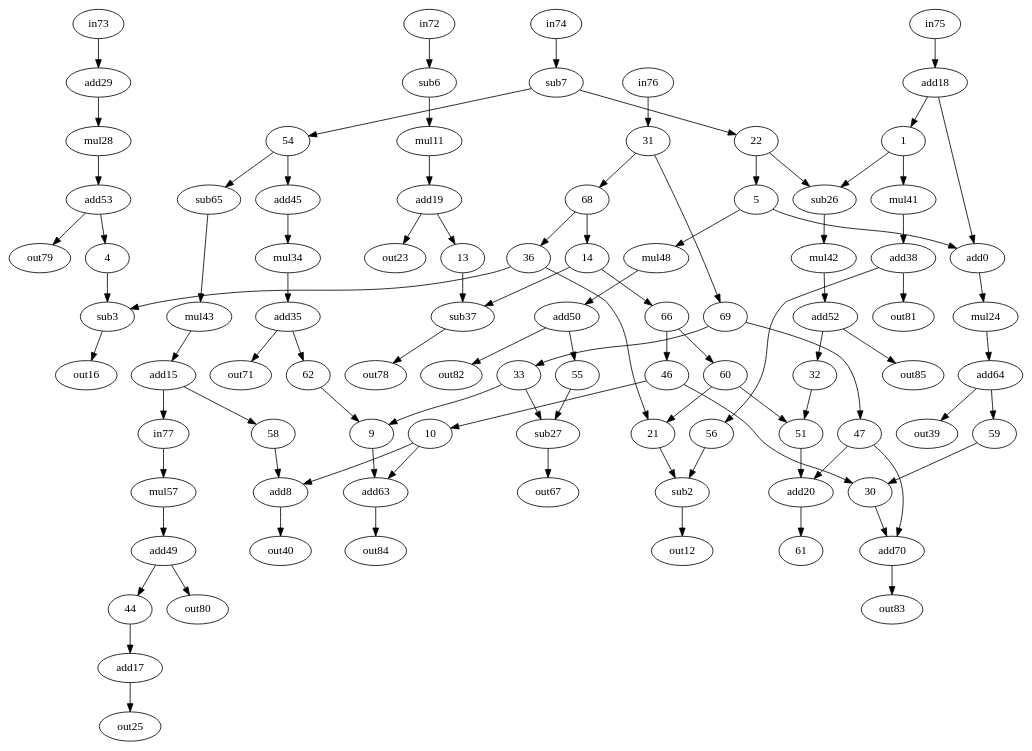
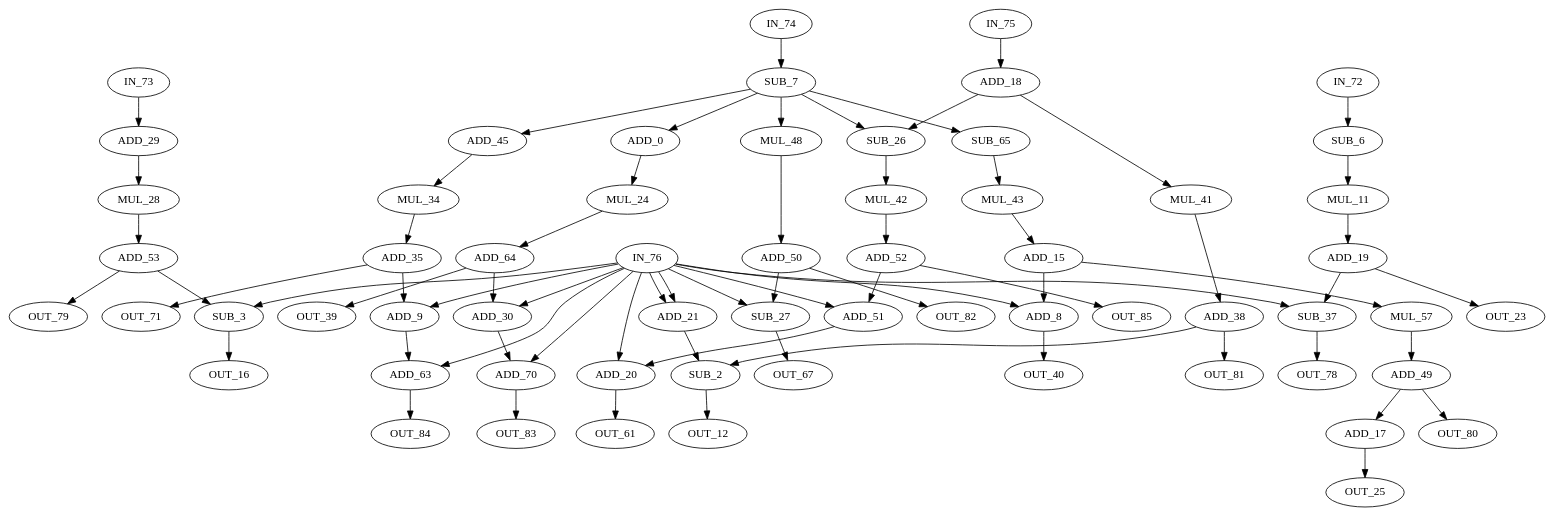
One commit to jeronimopenha/traversal_project changed the diagram in bench/test_bench/assincrono/collapse_pyr.dot. Above: the diagram before and after it, drawn with Graphviz. The commit also changed 5 other files, not shown here.

```diff
--- a/bench/test_bench/assincrono/collapse_pyr.dot
+++ b/bench/test_bench/assincrono/collapse_pyr.dot
@@ -1,154 +1,133 @@
-digraph "collapse_pyr" {
-0 [label=add0, op=add];
-2 [label=sub2, op=sub];
-3 [label=sub3, op=sub];
-6 [label=sub6, op=subi, value=2];
-7 [label=sub7, op=subi, value=2];
-8 [label=add8, op=add];
-11 [label=mul11, op=muli, value=2];
-12 [label=out12, op=out];
-15 [label=add15, op=addi, value=2];
-16 [label=out16, op=out];
-17 [label=add17, op=addi, value=2];
-18 [label=add18, op=addi, value=2];
-19 [label=add19, op=addi, value=2];
-20 [label=add20, op=add];
-23 [label=out23, op=out];
-24 [label=mul24, op=muli, value=2];
-25 [label=out25, op=out];
-26 [label=sub26, op=sub];
-27 [label=sub27, op=sub];
-28 [label=mul28, op=muli, value=2];
-29 [label=add29, op=addi, value=2];
-34 [label=mul34, op=muli, value=2];
-35 [label=add35, op=addi, value=2];
-37 [label=sub37, op=sub];
-38 [label=add38, op=addi, value=2];
-39 [label=out39, op=out];
-40 [label=out40, op=out];
-41 [label=mul41, op=muli, value=2];
-42 [label=mul42, op=muli, value=2];
-43 [label=mul43, op=muli, value=2];
-45 [label=add45, op=addi, value=2];
-48 [label=mul48, op=muli, value=2];
-49 [label=add49, op=addi, value=2];
-50 [label=add50, op=addi, value=2];
-52 [label=add52, op=addi, value=2];
-53 [label=add53, op=addi, value=2];
-57 [label=mul57, op=muli, value=2];
-63 [label=add63, op=add];
-64 [label=add64, op=addi, value=2];
-65 [label=sub65, op=subi, value=2];
-67 [label=out67, op=out];
-70 [label=add70, op=add];
-71 [label=out71, op=out];
-72 [label=in72, op=in];
-73 [label=in73, op=in];
-74 [label=in74, op=in];
-75 [label=in75, op=in];
-76 [label=in76, op=in];
-77 [label=in77, op=in];
-78 [label=out78, op=out];
-79 [label=out79, op=out];
-80 [label=out80, op=out];
-81 [label=out81, op=out];
-82 [label=out82, op=out];
-83 [label=out83, op=out];
-84 [label=out84, op=out];
-85 [label=out85, op=out];
-0 -> 24  [port=0, w=0];
-1 -> 26  [port=0, w=0];
-1 -> 41  [port=0, w=0];
-2 -> 12  [port=0, w=0];
-3 -> 16  [port=0, w=0];
-4 -> 3  [port=0, w=0];
-5 -> 0  [port=0, w=0];
-5 -> 48  [port=0, w=0];
-6 -> 11  [port=0, w=0];
-7 -> 22  [port=0, w=0];
-7 -> 54  [port=0, w=0];
-8 -> 40  [port=0, w=0];
-9 -> 63  [port=0, w=0];
-10 -> 8  [port=0, w=0];
-10 -> 63  [port=1, w=0];
-11 -> 19  [port=0, w=0];
-13 -> 37  [port=0, w=0];
-14 -> 37  [port=1, w=0];
-14 -> 66  [port=0, w=0];
-15 -> 77  [port=0, w=0];
-15 -> 58  [port=0, w=0];
-17 -> 25  [port=0, w=0];
-18 -> 0  [port=1, w=0];
-18 -> 1  [port=0, w=0];
-19 -> 13  [port=0, w=0];
-19 -> 23  [port=0, w=0];
-20 -> 61  [port=0, w=0];
-21 -> 2  [port=0, w=0];
-22 -> 5  [port=0, w=0];
-22 -> 26  [port=1, w=0];
-24 -> 64  [port=0, w=0];
-26 -> 42  [port=0, w=0];
-27 -> 67  [port=0, w=0];
-28 -> 53  [port=0, w=0];
-29 -> 28  [port=0, w=0];
-30 -> 70  [port=0, w=0];
-31 -> 68  [port=0, w=0];
-31 -> 69  [port=0, w=0];
-32 -> 51  [port=0, w=0];
-33 -> 9  [port=0, w=0];
-33 -> 27  [port=0, w=0];
-34 -> 35  [port=0, w=0];
-35 -> 62  [port=0, w=0];
-35 -> 71  [port=0, w=0];
-36 -> 3  [port=1, w=0];
-36 -> 21  [port=0, w=0];
-37 -> 78  [port=0, w=0];
-38 -> 81  [port=0, w=0];
-38 -> 56  [port=0, w=0];
-41 -> 38  [port=0, w=0];
-42 -> 52  [port=0, w=0];
-43 -> 15  [port=0, w=0];
-44 -> 17  [port=0, w=0];
-45 -> 34  [port=0, w=0];
-46 -> 10  [port=0, w=0];
-46 -> 30  [port=0, w=0];
-47 -> 20  [port=0, w=0];
-47 -> 70  [port=1, w=0];
-48 -> 50  [port=0, w=0];
-49 -> 80  [port=0, w=0];
-49 -> 44  [port=0, w=0];
-50 -> 55  [port=0, w=0];
-50 -> 82  [port=0, w=0];
-51 -> 20  [port=1, w=0];
-52 -> 32  [port=0, w=0];
-52 -> 85  [port=0, w=0];
-53 -> 4  [port=0, w=0];
-53 -> 79  [port=0, w=0];
-54 -> 45  [port=0, w=0];
-54 -> 65  [port=0, w=0];
-55 -> 27  [port=1, w=0];
-56 -> 2  [port=1, w=0];
-57 -> 49  [port=0, w=0];
-58 -> 8  [port=1, w=0];
-59 -> 30  [port=1, w=0];
-60 -> 21  [port=1, w=0];
-60 -> 51  [port=1, w=0];
-62 -> 9  [port=1, w=0];
-63 -> 84  [port=0, w=0];
-64 -> 39  [port=0, w=0];
-64 -> 59  [port=0, w=0];
-65 -> 43  [port=0, w=0];
-66 -> 46  [port=0, w=0];
-66 -> 60  [port=0, w=0];
-68 -> 14  [port=0, w=0];
-68 -> 36  [port=0, w=0];
-69 -> 33  [port=0, w=0];
-69 -> 47  [port=0, w=0];
-70 -> 83  [port=0, w=0];
-72 -> 6  [port=0, w=0];
-73 -> 29  [port=0, w=0];
-74 -> 7  [port=0, w=0];
-75 -> 18  [port=0, w=0];
-76 -> 31  [port=0, w=0];
-77 -> 57  [port=0, w=0];
+digraph collapse_pyr {
+    0 [label = ADD_0 op = add ] ;
+    2 [label = SUB_2 op = sub ] ;
+    3 [label = SUB_3 op = sub ] ;
+    6 [label = SUB_6 op = subi value = 2 ] ;
+    7 [label = SUB_7 op = subi value = 2 ] ;
+    8 [label = ADD_8 op = add ] ;
+    9 [label = ADD_9 op = add ] ;
+    11 [label = MUL_11 op = muli value = 2 ] ;
+    12 [label = OUT_12 op = out ] ;
+    15 [label = ADD_15 op = addi value = 2 ] ;
+    16 [label = OUT_16 op = out ] ;
+    17 [label = ADD_17 op = addi value = 2 ] ;
+    18 [label = ADD_18 op = addi value = 2 ] ;
+    19 [label = ADD_19 op = addi value = 2 ] ;
+    20 [label = ADD_20 op = add ] ;
+    21 [label = ADD_21 op = add ] ;
+    23 [label = OUT_23 op = OUT ] ;
+    24 [label = MUL_24 op = muli value = 2 ] ;
+    25 [label = OUT_25 op = OUT ] ;
+    26 [label = SUB_26 op = sub ] ;
+    27 [label = SUB_27 op = sub ] ;
+    28 [label = MUL_28 op = muli value = 2 ] ;
+    29 [label = ADD_29 op = addi value = 2 ] ;
+    30 [label = ADD_30 op = add ] ;
+    34 [label = MUL_34 op = muli value = 2 ] ;
+    35 [label = ADD_35 op = addi value = 2 ] ;
+    37 [label = SUB_37 op = sub ] ;
+    38 [label = ADD_38 op = addi value = 2 ] ;
+    39 [label = OUT_39 op = out ] ;
+    40 [label = OUT_40 op = out ] ;
+    41 [label = MUL_41 op = muli value = 2 ] ;
+    42 [label = MUL_42 op = muli value = 2 ] ;
+    43 [label = MUL_43 op = muli value = 2 ] ;
+    45 [label = ADD_45 op = addi value = 2 ] ;
+    48 [label = MUL_48 op = muli value = 2 ] ;
+    49 [label = ADD_49 op = addi value = 2 ] ;
+    50 [label = ADD_50 op = addi value = 2 ] ;
+    51 [label = ADD_51 op = add ] ;
+    52 [label = ADD_52 op = addi value = 2 ] ;
+    53 [label = ADD_53 op = addi value = 2 ] ;
+    57 [label = MUL_57 op = muli value = 2 ] ;
+    61 [label = OUT_61 op = out ] ;
+    63 [label = ADD_63 op = add ] ;
+    64 [label = ADD_64 op = addi value = 2 ] ;
+    65 [label = SUB_65 op = subi value = 2 ] ;
+    67 [label = OUT_67 op = out ] ;
+    70 [label = ADD_70 op = add ] ;
+    71 [label = OUT_71 op = out ] ;
+    72 [label = IN_72 op = in ] ;
+    73 [label = IN_73 op = in ] ;
+    74 [label = IN_74 op = in ] ;
+    75 [label = IN_75 op = in ] ;
+    76 [label = IN_76 op = in ] ;
+    78 [label = OUT_78 op = out ] ;
+    79 [label = OUT_79 op = out ] ;
+    80 [label = OUT_80 op = out ] ;
+    81 [label = OUT_81 op = out ] ;
+    82 [label = OUT_82 op = out ] ;
+    83 [label = OUT_83 op = out ] ;
+    84 [label = OUT_84 op = out ] ;
+    85 [label = OUT_85 op = out ] ;
+
+    7 -> 0 [port = 0  w = 0 ] ;
+    18 -> 26 [port = 0  w = 0 ] ;
+    18 -> 41 [port = 0  w = 0 ] ;
+    21 -> 2 [port = 0  w = 0 ] ;
+    38 -> 2 [port = 1  w = 0 ] ;
+    53 -> 3 [port = 0  w = 0 ] ;
+    76 -> 3 [port = 1  w = 0 ] ;
+    72 -> 6 [port = 0  w = 0 ] ;
+    74 -> 7 [port = 0  w = 0 ] ;
+    76 -> 8 [port = 0  w = 0 ] ;
+    15 -> 8 [port = 1  w = 0 ] ;
+    76 -> 9 [port = 0  w = 0 ] ;
+    35 -> 9 [port = 1  w = 0 ] ;
+    6 -> 11 [port = 0  w = 0 ] ;
+    2 -> 12 [port = 0  w = 0 ] ;
+    38 -> 81 [port = 0  w = 0 ] ;
+    43 -> 15 [port = 0  w = 0 ] ;
+    3 -> 16 [port = 0  w = 0 ] ;
+    53 -> 79 [port = 0  w = 0 ] ;
+    75 -> 18 [port = 0  w = 0 ] ;
+    11 -> 19 [port = 0  w = 0 ] ;
+    76 -> 20 [port = 0  w = 0 ] ;
+    51 -> 20 [port = 1  w = 0 ] ;
+    76 -> 21 [port = 0  w = 0 ] ;
+    76 -> 21 [port = 1  w = 0 ] ;
+    19 -> 23 [port = 0  w = 0 ] ;
+    37 -> 78 [port = 0  w = 0 ] ;
+    0 -> 24 [port = 0  w = 0 ] ;
+    17 -> 25 [port = 0  w = 0 ] ;
+    49 -> 80 [port = 0  w = 0 ] ;
+    7 -> 26 [port = 1  w = 0 ] ;
+    76 -> 27 [port = 0  w = 0 ] ;
+    50 -> 27 [port = 1  w = 0 ] ;
+    29 -> 28 [port = 0  w = 0 ] ;
+    73 -> 29 [port = 0  w = 0 ] ;
+    76 -> 30 [port = 0  w = 0 ] ;
+    64 -> 30 [port = 1  w = 0 ] ;
+    45 -> 34 [port = 0  w = 0 ] ;
+    34 -> 35 [port = 0  w = 0 ] ;
+    19 -> 37 [port = 0  w = 0 ] ;
+    76 -> 37 [port = 1  w = 0 ] ;
+    41 -> 38 [port = 0  w = 0 ] ;
+    64 -> 39 [port = 0  w = 0 ] ;
+    70 -> 83 [port = 0  w = 0 ] ;
+    8 -> 40 [port = 0  w = 0 ] ;
+    26 -> 42 [port = 0  w = 0 ] ;
+    65 -> 43 [port = 0  w = 0 ] ;
+    49 -> 17 [port = 0  w = 0 ] ;
+    7 -> 45 [port = 0  w = 0 ] ;
+    7 -> 48 [port = 0  w = 0 ] ;
+    57 -> 49 [port = 0  w = 0 ] ;
+    48 -> 50 [port = 0  w = 0 ] ;
+    52 -> 51 [port = 0  w = 0 ] ;
+    76 -> 51 [port = 1  w = 0 ] ;
+    42 -> 52 [port = 0  w = 0 ] ;
+    28 -> 53 [port = 0  w = 0 ];
+    15 -> 57 [port = 0  w = 0 ] ;
+    20 -> 61 [port = 0  w = 0 ] ;
+    52 -> 85 [port = 0  w = 0 ] ;
+    9 -> 63 [port = 0  w = 0 ] ;
+    76 -> 63 [port = 1  w = 0 ] ;
+    24 -> 64 [port = 0  w = 0 ] ;
+    7 -> 65 [port = 0  w = 0 ] ;
+    27 -> 67 [port = 0  w = 0 ] ;
+    50 -> 82 [port = 0  w = 0 ] ;
+    30 -> 70 [port = 0  w = 0 ] ;
+    76 -> 70 [port = 1  w = 0 ] ;
+    35 -> 71 [port = 0  w = 0 ] ;
+    63 -> 84 [port = 0  w = 0 ] ;
 }
```
